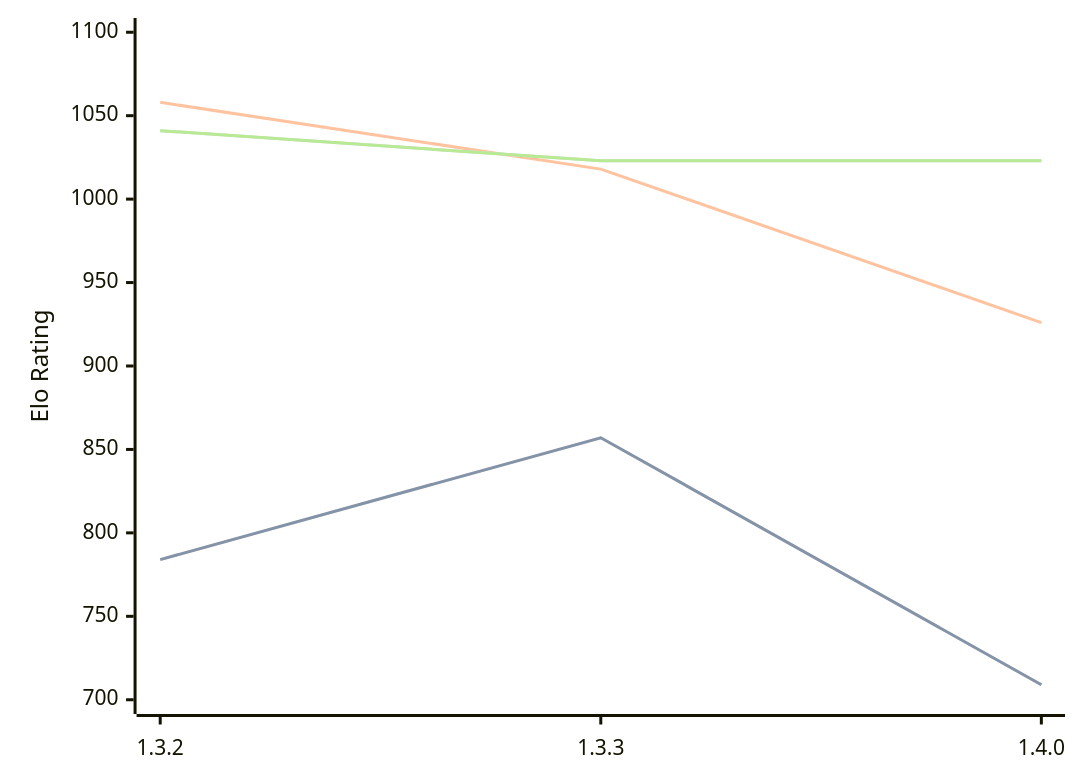
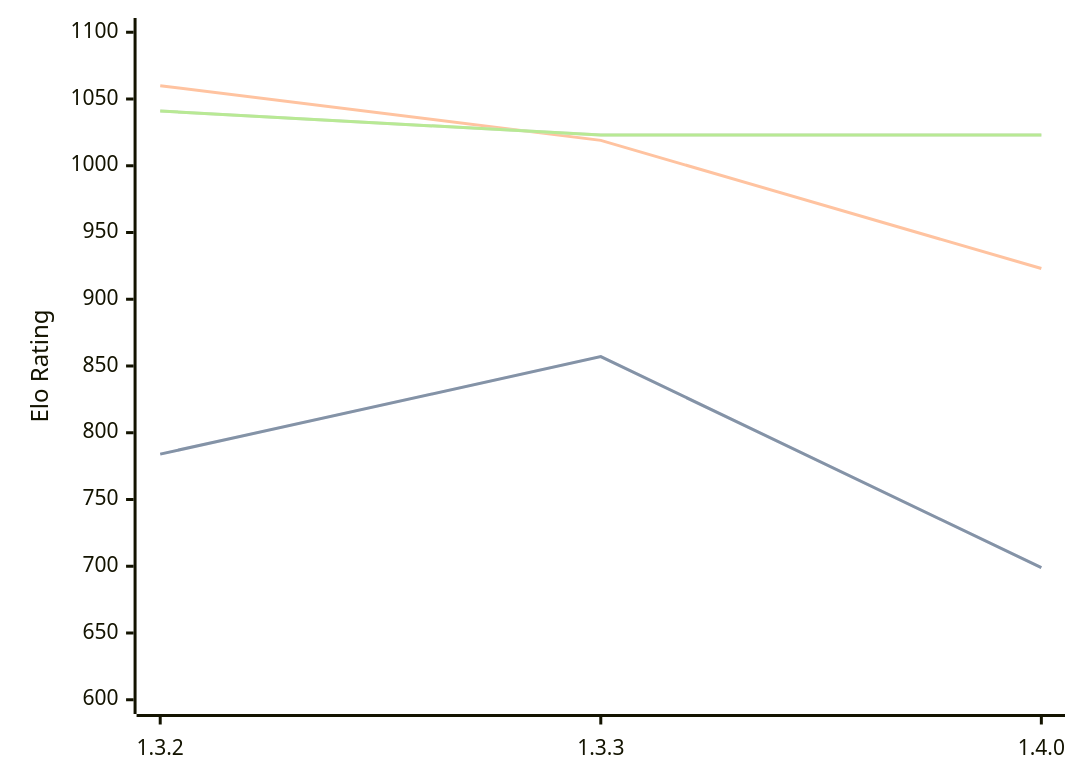
Before and after one commit to computer-chess-index/cci: the diagram in engines/Whitespine.md, drawn with Mermaid. The commit also changed other lines of this file, not shown here.

Commit message:
Update CCI Ratings (ELO VLTC) - 2026-08-21

````diff
--- a/engines/Whitespine.md
+++ b/engines/Whitespine.md
@@ -33,11 +33,11 @@
 ```mermaid
 %%{init: {"theme":"base","themeVariables":{"seriesColors:['#a3a3a3','#222221','#faa371']}}}%%
 xychart-beta
   x-axis ["1.3.2", "1.3.3", "1.4.0"]
-  y-axis "Elo Rating" 700 --> 1100
-  line "STC (8.0+0.08s)" [784, 857, 709]
-  line "STC (8.0+0.08s)" [784, 857, 709]
-  line "LTC (60.0+0.60s)" [1058, 1018, 926]
+  y-axis "Elo Rating" 600 --> 1100
+  line "STC (8.0+0.08s)" [784, 857, 699]
+  line "STC (8.0+0.08s)" [784, 857, 699]
+  line "LTC (60.0+0.60s)" [1060, 1019, 923]
   line "VLTC (2m24s+1.12s)" [1041, 1023, 1023]
   line "VLTC (2m24s+1.12s)" [1041, 1023, 1023]
 ```
````
